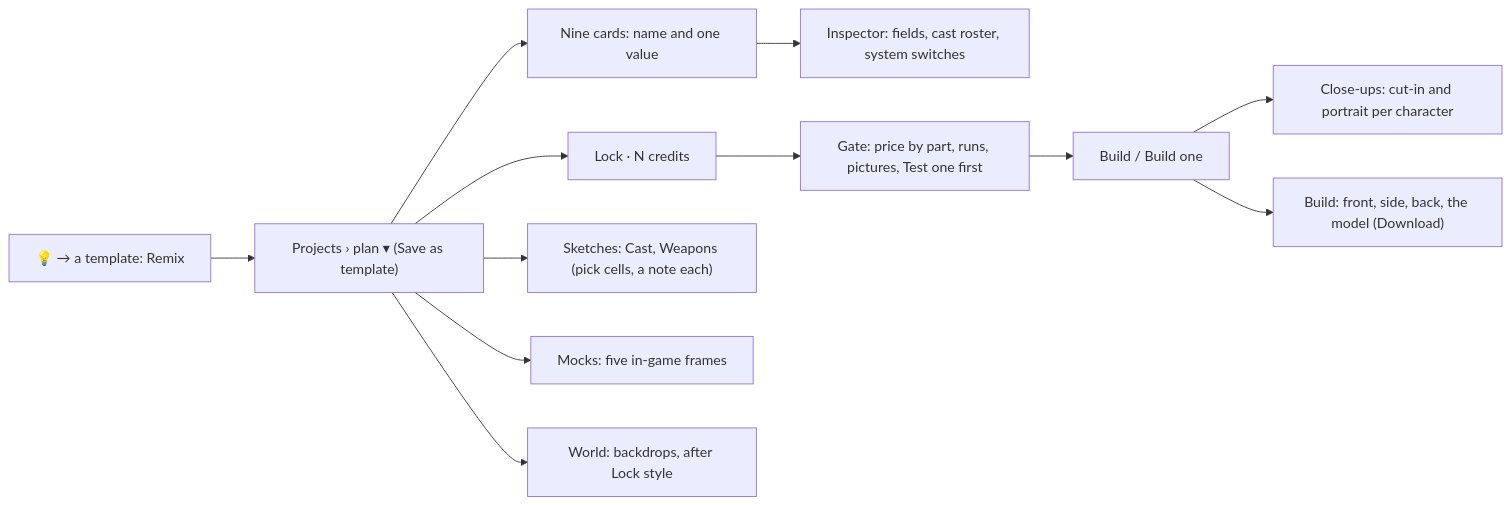
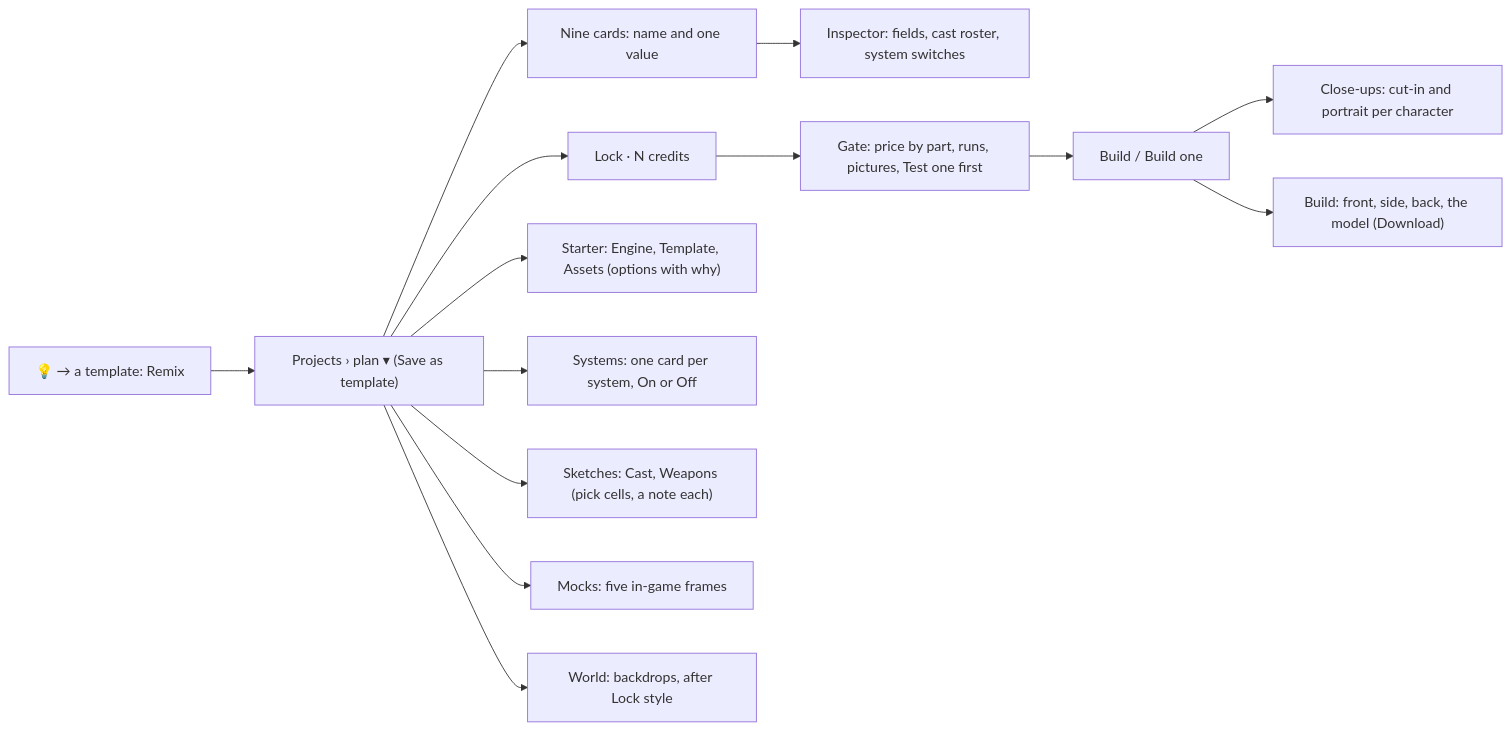
Before and after one commit to Pukujan/swarm-studio: the sixth of 26 diagrams in docs/ux/SITEMAP.md, drawn with Mermaid. The commit also changed 11 other files, not shown here.

First line of the commit message:
Game starters, slice 1: the starter is a choice on the Plan board, with why, and goes into the locked spec

````diff
--- a/docs/ux/SITEMAP.md
+++ b/docs/ux/SITEMAP.md
@@ -176,14 +176,16 @@
 ```mermaid
 flowchart LR
   TPL["💡 → a template: Remix"] --> PB
   PB["Projects › plan ▾ (Save as template)"] --> CARDS["Nine cards: name and one value"]
   CARDS --> INS["Inspector: fields, cast roster, system switches"]
   PB --> LOCK["Lock · N credits"]
   LOCK --> GATE["Gate: price by part, runs, pictures, Test one first"]
   GATE --> BUILD["Build / Build one"]
+  PB --> ST["Starter: Engine, Template, Assets (options with why)"]
+  PB --> SY["Systems: one card per system, On or Off"]
   PB --> SK["Sketches: Cast, Weapons (pick cells, a note each)"]
   PB --> MK["Mocks: five in-game frames"]
   PB --> WD["World: backdrops, after Lock style"]
   BUILD --> CU["Close-ups: cut-in and portrait per character"]
   BUILD --> BV["Build: front, side, back, the model (Download)"]
 ```
````
